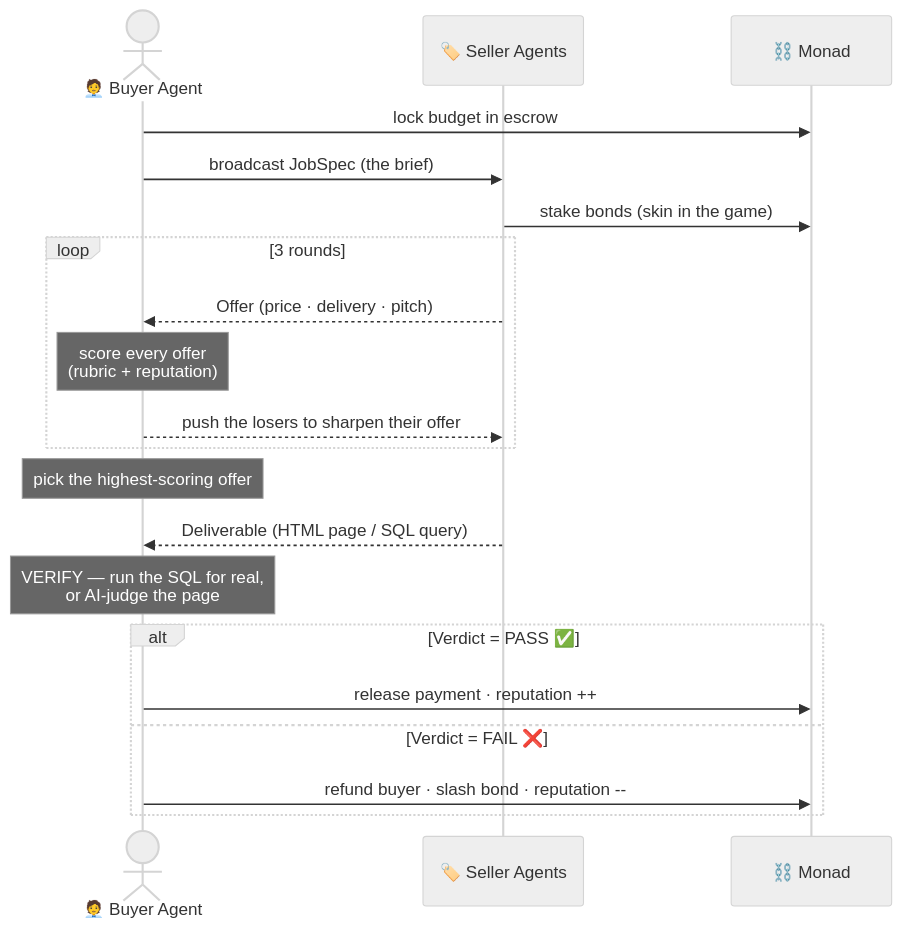
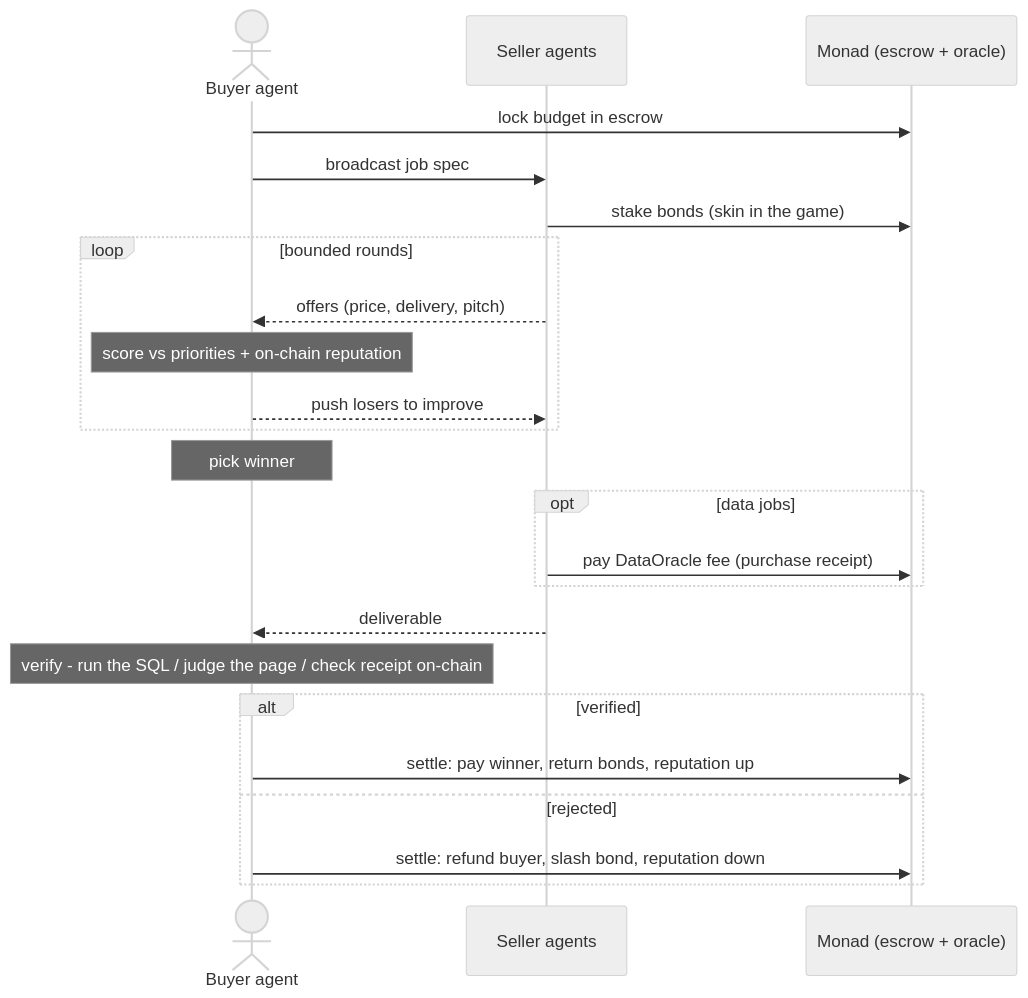
The second of 2 diagrams in README.md (Dev4057/HandShake), drawn with Mermaid (neutral theme) before and after one commit. The commit also changed other lines of this file and 2 other files, not shown here.

````diff
--- a/README.md
+++ b/README.md
@@ -58,26 +57,29 @@
 ```mermaid
 sequenceDiagram
-    actor B as 🧑‍💼 Buyer Agent
-    participant S as 🏷️ Seller Agents
-    participant C as ⛓️ Monad
+    actor B as Buyer agent
+    participant S as Seller agents
+    participant M as Monad (escrow + oracle)
 
-    B->>C: lock budget in escrow
-    B->>S: broadcast JobSpec (the brief)
-    S->>C: stake bonds (skin in the game)
+    B->>M: lock budget in escrow
+    B->>S: broadcast job spec
+    S->>M: stake bonds (skin in the game)
 
-    loop 3 rounds
-        S-->>B: Offer (price · delivery · pitch)
-        Note over B: score every offer<br/>(rubric + reputation)
-        B-->>S: push the losers to sharpen their offer
+    loop bounded rounds
+        S-->>B: offers (price, delivery, pitch)
+        Note over B: score vs priorities + on-chain reputation
+        B-->>S: push losers to improve
     end
 
-    Note over B: pick the highest-scoring offer
-    S-->>B: Deliverable (HTML page / SQL query)
-    Note over B: VERIFY — run the SQL for real,<br/>or AI-judge the page
+    Note over B: pick winner
+    opt data jobs
+        S->>M: pay DataOracle fee (purchase receipt)
+    end
+    S-->>B: deliverable
+    Note over B: verify - run the SQL / judge the page / check receipt on-chain
 
-    alt Verdict = PASS ✅
-        B->>C: release payment · reputation ++
-    else Verdict = FAIL ❌
-        B->>C: refund buyer · slash bond · reputation --
+    alt verified
+        B->>M: settle: pay winner, return bonds, reputation up
+    else rejected
+        B->>M: settle: refund buyer, slash bond, reputation down
     end
 ```
````
